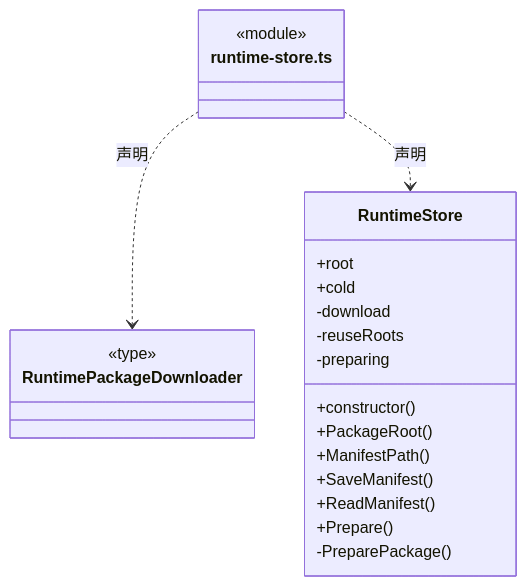
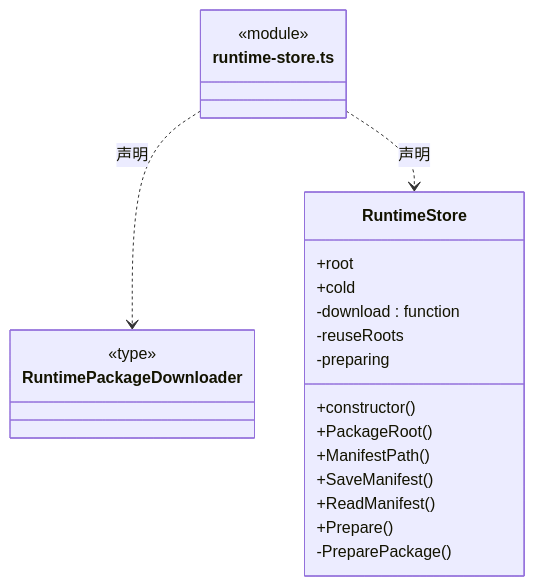
One commit to nan023062/cbim changed diagram 20 of 28 in src/logic/updates/service/ARCHITECTURE.md. Above: the diagram before and after it, drawn with Mermaid. The commit also changed other lines of this file and 137 other files, not shown here.

Commit message:
fix: align architecture generator with documentation standards

````diff
--- a/src/logic/updates/service/ARCHITECTURE.md
+++ b/src/logic/updates/service/ARCHITECTURE.md
@@ -535,26 +564,26 @@
 ```mermaid
 classDiagram
 class N_src_logic_updates_service_runtime_store_ts["runtime-store.ts"] {
   <<module>>
 }
 class N_src_logic_updates_service_runtime_store_ts_RuntimePackageDownloader["RuntimePackageDownloader"] {
   <<type>>
 
 }
 N_src_logic_updates_service_runtime_store_ts ..> N_src_logic_updates_service_runtime_store_ts_RuntimePackageDownloader : 声明
 class N_src_logic_updates_service_runtime_store_ts_RuntimeStore["RuntimeStore"] {
   +root
   +cold
   +constructor()
   +PackageRoot()
   +ManifestPath()
   +SaveManifest()
   +ReadManifest()
   +Prepare()
-  -download
+  -download : function
   -reuseRoots
   -preparing
   -PreparePackage()
 }
 N_src_logic_updates_service_runtime_store_ts ..> N_src_logic_updates_service_runtime_store_ts_RuntimeStore : 声明
 ```
````
